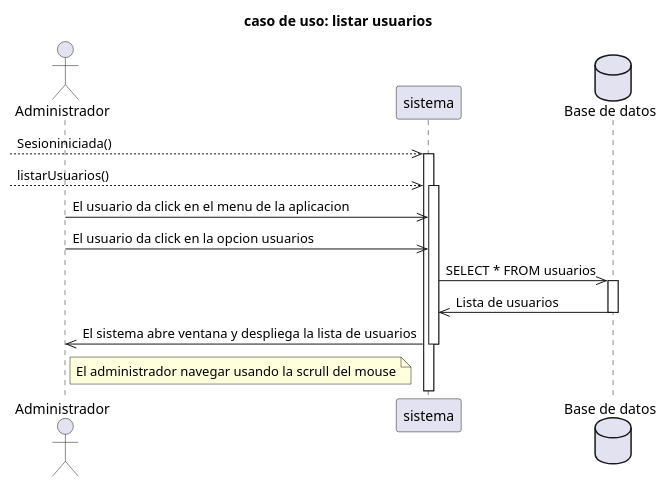
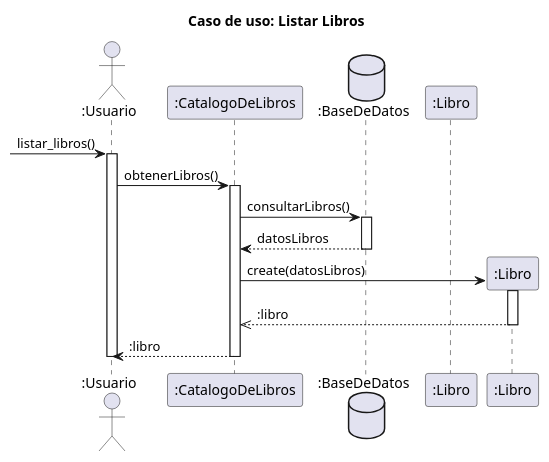
The diagram in interacion 2/Listar usuarios.puml (RubenE107/diagramas-de-dise-o-uml), drawn with PlantUML before and after one commit.

```diff
--- a/interacion 2/Listar usuarios.puml
+++ b/interacion 2/Listar usuarios.puml
@@ -1,24 +1,54 @@
 @startuml
-title caso de uso: listar usuarios
- actor "Administrador" as u
-participant "sistema" as s
-database "Base de datos" as DB
--->>s: Sesioniniciada()
-activate s
--->>s: listarUsuarios()
-activate s
-u->>s: El usuario da click en el menu de la aplicacion
-u->>s: El usuario da click en la opcion usuarios
+' title caso de uso: listar usuarios
+'  actor "Administrador" as u
+' participant "sistema" as s
+' database "Base de datos" as DB
+' -->>s: Sesioniniciada()
+' activate s
+' -->>s: listarUsuarios()
+' activate s
+' u->>s: El usuario da click en el menu de la aplicacion
+' u->>s: El usuario da click en la opcion usuarios
 
-s->>DB: SELECT * FROM usuarios
-activate DB
-DB->>s: Lista de usuarios
-deactivate DB
-s->>u: El sistema abre ventana y despliega la lista de usuarios
+' s->>DB: SELECT * FROM usuarios
+' activate DB
+' DB->>s: Lista de usuarios
+' deactivate DB
+' s->>u: El sistema abre ventana y despliega la lista de usuarios
 
-    note right of u: El administrador navegar usando la scrull del mouse
+'     note right of u: El administrador navegar usando la scrull del mouse
 
-deactivate s
+' deactivate s
 
+title Caso de uso: Listar Libros
+
+actor ":Usuario" as u
+participant ":CatalogoDeLibros" as c
+database ":BaseDeDatos" as bd
+participant ":Libro" as l
+
+-> u:listar_libros()
+activate u
+
+u -> c:obtenerLibros()
+activate c
+
+c -> bd:consultarLibros()
+activate bd
+
+bd --> c:datosLibros
+deactivate bd
+
+create ":Libro" as libro
+c -> libro:create(datosLibros)
+activate libro
+
+libro-->>c::libro
+deactivate libro
+
+c --> u::libro
+deactivate c
+
+deactivate u
 
 @enduml
```
